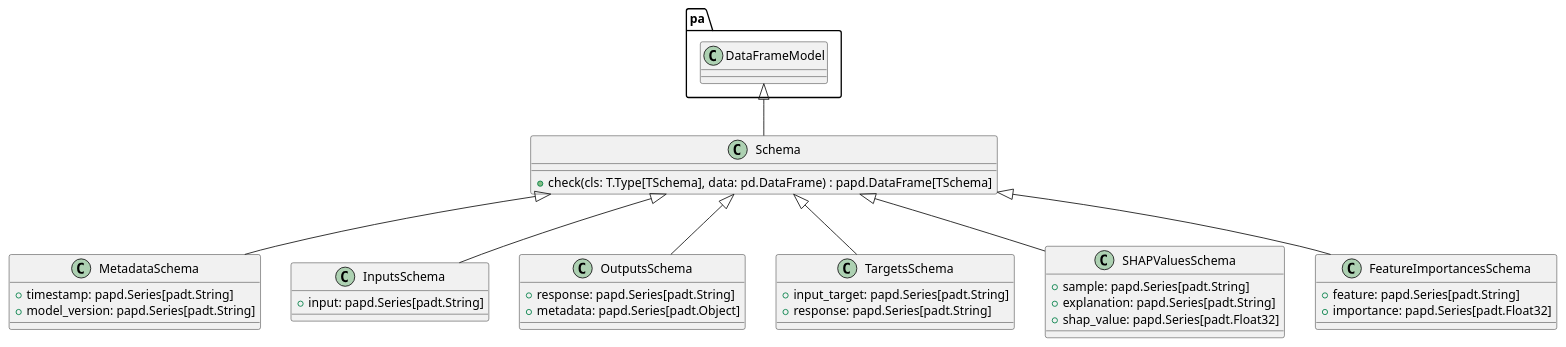
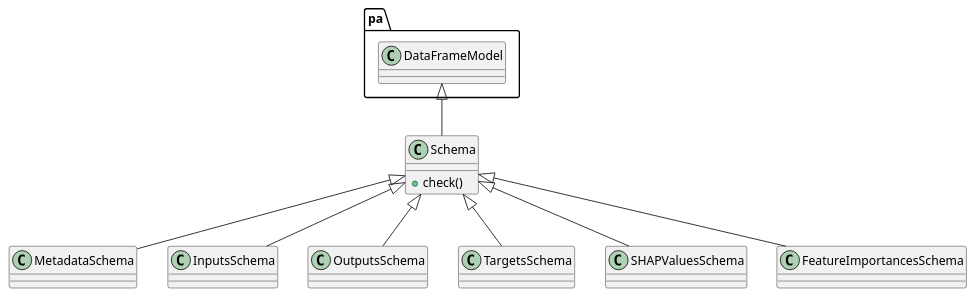
Before and after one commit to lgcorzo/llmops-python-package: the diagram in openwiki/src/autogen_team/core/schemas.md, drawn with PlantUML. The commit also changed other lines of this file and 77 other files, not shown here.

````diff
--- a/openwiki/src/autogen_team/core/schemas.md
+++ b/openwiki/src/autogen_team/core/schemas.md
@@ -57,38 +148,26 @@
 ```plantuml
 @startuml
-    pa.DataFrameModel <|-- Schema
-    class Schema {
-        +check(cls: T.Type[TSchema], data: pd.DataFrame) : papd.DataFrame[TSchema]
-    }
-    Schema <|-- MetadataSchema
-    class MetadataSchema {
-        +timestamp: papd.Series[padt.String]
-        +model_version: papd.Series[padt.String]
-    }
-    Schema <|-- InputsSchema
-    class InputsSchema {
-        +input: papd.Series[padt.String]
-    }
-    Schema <|-- OutputsSchema
-    class OutputsSchema {
-        +response: papd.Series[padt.String]
-        +metadata: papd.Series[padt.Object]
-    }
-    Schema <|-- TargetsSchema
-    class TargetsSchema {
-        +input_target: papd.Series[padt.String]
-        +response: papd.Series[padt.String]
-    }
-    Schema <|-- SHAPValuesSchema
-    class SHAPValuesSchema {
-        +sample: papd.Series[padt.String]
-        +explanation: papd.Series[padt.String]
-        +shap_value: papd.Series[padt.Float32]
-    }
-    Schema <|-- FeatureImportancesSchema
-    class FeatureImportancesSchema {
-        +feature: papd.Series[padt.String]
-        +importance: papd.Series[padt.Float32]
-    }
+class Schema {
+  + check()
+}
+pa.DataFrameModel <|-- Schema
+class MetadataSchema {
+}
+Schema <|-- MetadataSchema
+class InputsSchema {
+}
+Schema <|-- InputsSchema
+class OutputsSchema {
+}
+Schema <|-- OutputsSchema
+class TargetsSchema {
+}
+Schema <|-- TargetsSchema
+class SHAPValuesSchema {
+}
+Schema <|-- SHAPValuesSchema
+class FeatureImportancesSchema {
+}
+Schema <|-- FeatureImportancesSchema
 @enduml
 ```
````
